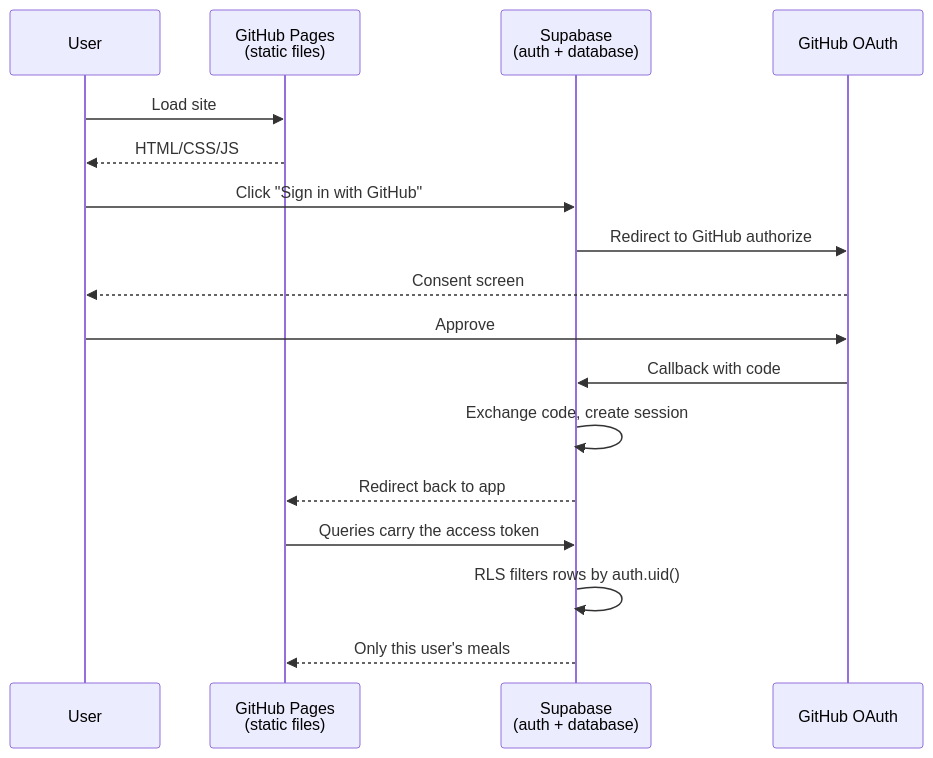
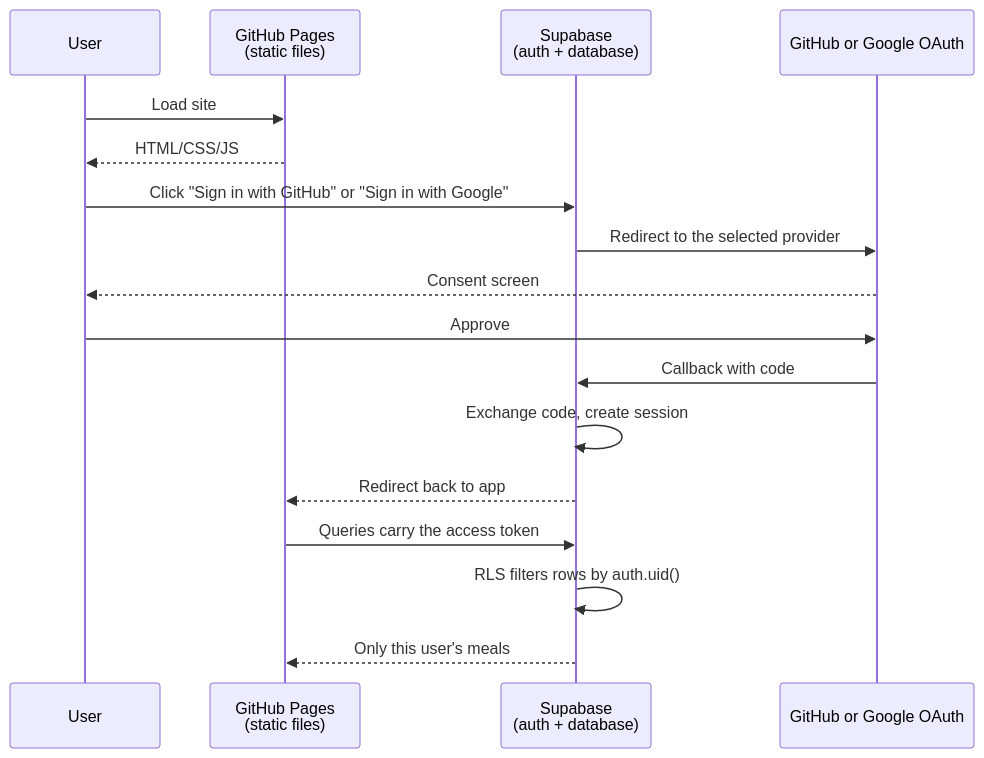
One commit to Renateche/CaloryTracker changed the second of 2 diagrams in README.md. Above: the diagram before and after it, drawn with Mermaid. The commit also changed other lines of this file and 3 other files, not shown here.

Commit message:
Add Google OAuth sign-in

````diff
--- a/README.md
+++ b/README.md
@@ -233,20 +233,20 @@
 ```mermaid
 sequenceDiagram
     participant U as User
     participant P as GitHub Pages<br/>(static files)
     participant S as Supabase<br/>(auth + database)
-    participant G as GitHub OAuth
+   participant G as GitHub or Google OAuth
 
     U->>P: Load site
     P-->>U: HTML/CSS/JS
-    U->>S: Click "Sign in with GitHub"
-    S->>G: Redirect to GitHub authorize
+   U->>S: Click "Sign in with GitHub" or "Sign in with Google"
+   S->>G: Redirect to the selected provider
     G-->>U: Consent screen
     U->>G: Approve
     G->>S: Callback with code
     S->>S: Exchange code, create session
     S-->>P: Redirect back to app
     P->>S: Queries carry the access token
     S->>S: RLS filters rows by auth.uid()
     S-->>P: Only this user's meals
 ```
````
